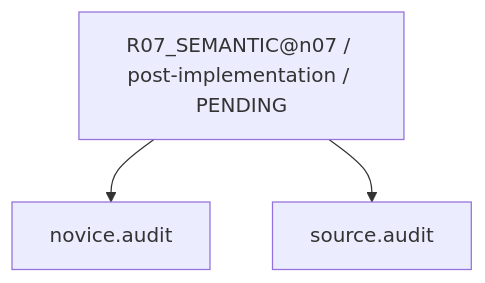
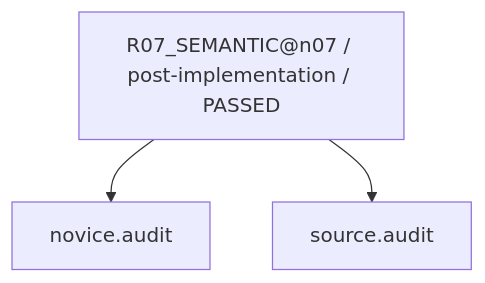
The ninth of 14 diagrams in work/items/W-MATH-032-n07-semantic-repair/generated/CAPABILITY_FIRE_DIAGRAM.md (rrikunagasige-dot/kyotsu-step-web), drawn with Mermaid before and after one commit. The commit also changed other lines of this file and 60 other files, not shown here.

````diff
--- a/work/items/W-MATH-032-n07-semantic-repair/generated/CAPABILITY_FIRE_DIAGRAM.md
+++ b/work/items/W-MATH-032-n07-semantic-repair/generated/CAPABILITY_FIRE_DIAGRAM.md
@@ -137,8 +137,8 @@
 ```mermaid
 flowchart TD
-  N0["R07_SEMANTIC@n07 / post-implementation / PENDING"]
+  N0["R07_SEMANTIC@n07 / post-implementation / PASSED"]
   N1["source.audit"]
   N2["novice.audit"]
   N0 --> N2
   N0 --> N1
 ```
````
